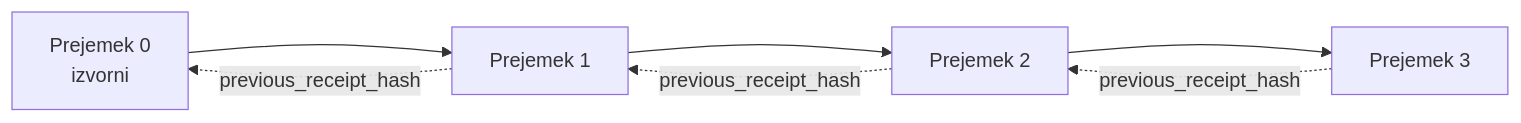
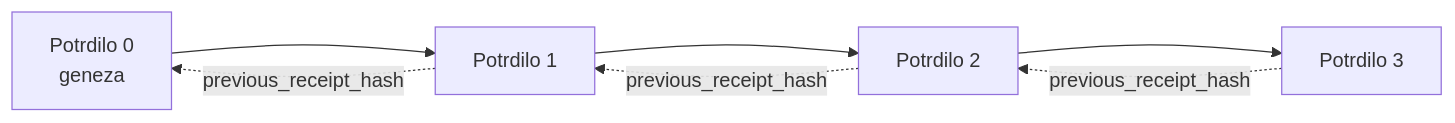
Before and after one commit to microsoft/ai-agents-for-beginners: the second of 2 diagrams in translations/sl/18-securing-ai-agents/README.md, drawn with Mermaid. The commit also changed other lines of this file and 223 other files, not shown here.

````diff
--- a/translations/sl/18-securing-ai-agents/README.md
+++ b/translations/sl/18-securing-ai-agents/README.md
@@ -206,9 +206,9 @@
 ```mermaid
 flowchart LR
-    R0[Prejemek 0<br/>izvorni] --> R1[Prejemek 1]
-    R1 --> R2[Prejemek 2]
-    R2 --> R3[Prejemek 3]
+    R0[Potrdilo 0<br/>geneza] --> R1[Potrdilo 1]
+    R1 --> R2[Potrdilo 2]
+    R2 --> R3[Potrdilo 3]
     R1 -. previous_receipt_hash .-> R0
     R2 -. previous_receipt_hash .-> R1
     R3 -. previous_receipt_hash .-> R2
 ```
````
